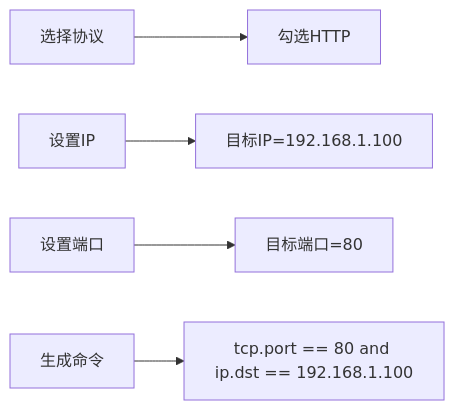
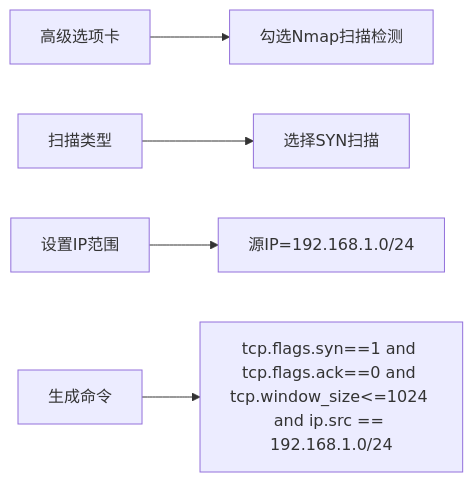
One commit to Ouniel/WebSharkFilter changed the first of 4 diagrams in README.md. Above: the diagram before and after it, drawn with Mermaid. The commit also changed other lines of this file, not shown here.

````diff
--- a/README.md
+++ b/README.md
@@ -81,7 +92,7 @@
 ```mermaid
 graph LR
-    A[选择协议] --> B[勾选HTTP]
-    C[设置IP] --> D[目标IP=192.168.1.100]
-    E[设置端口] --> F[目标端口=80]
-    G[生成命令] --> H[tcp.port == 80 and ip.dst == 192.168.1.100]
+    A[高级选项卡] --> B[勾选Nmap扫描检测]
+    C[扫描类型] --> D[选择SYN扫描]
+    E[设置IP范围] --> F[源IP=192.168.1.0/24]
+    G[生成命令] --> H[tcp.flags.syn==1 and tcp.flags.ack==0 and tcp.window_size<=1024 and ip.src == 192.168.1.0/24]
 ```
````
